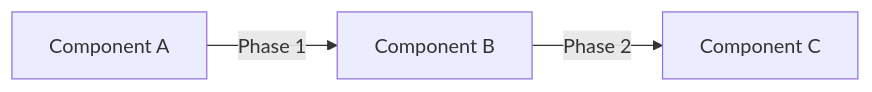
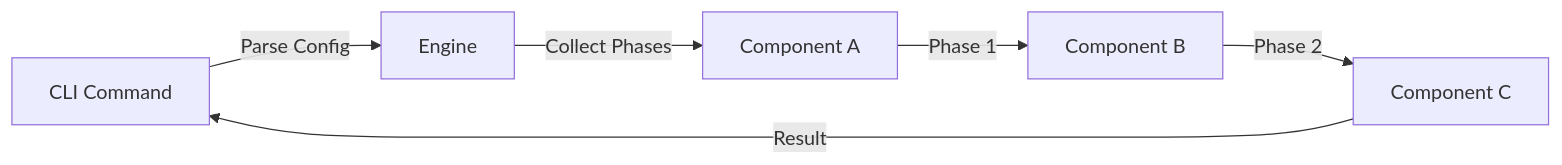
Before and after one commit to james-nesbitt/launchpadv2: the first of 4 diagrams in docs/design.md, drawn with Mermaid. The commit also changed other lines of this file and 2 other files, not shown here.

First line of the commit message:
docs: add Mermaid diagrams to architecture files

````diff
--- a/docs/design.md
+++ b/docs/design.md
@@ -40,5 +40,8 @@
 ```mermaid
 graph LR
-  A[Component A] -->|Phase 1| B[Component B]
-  B -->|Phase 2| C[Component C]
+  A[CLI Command] -->|Parse Config| B[Engine]
+  B -->|Collect Phases| C[Component A]
+  C -->|Phase 1| D[Component B]
+  D -->|Phase 2| E[Component C]
+  E -->|Result| A
 ```
````
